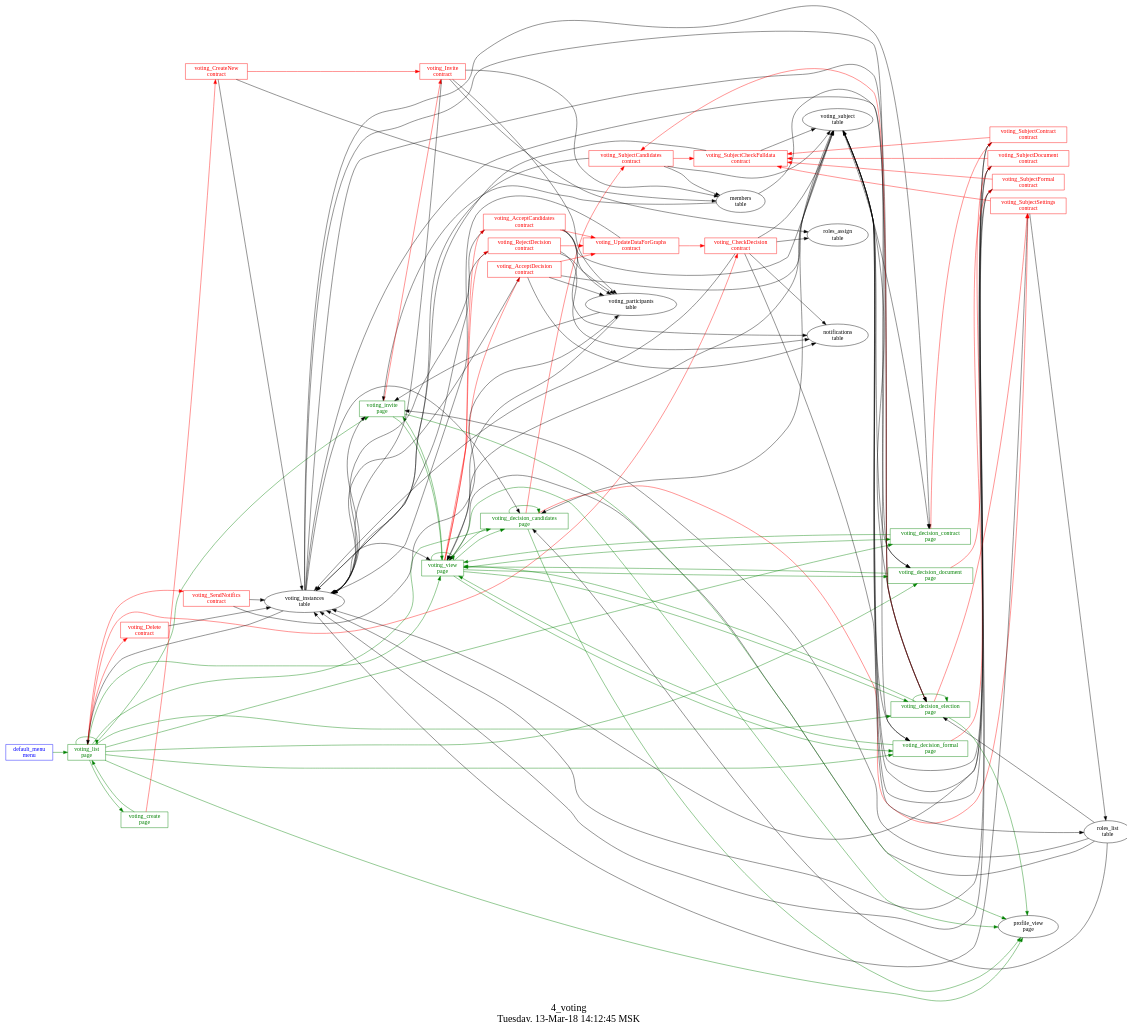
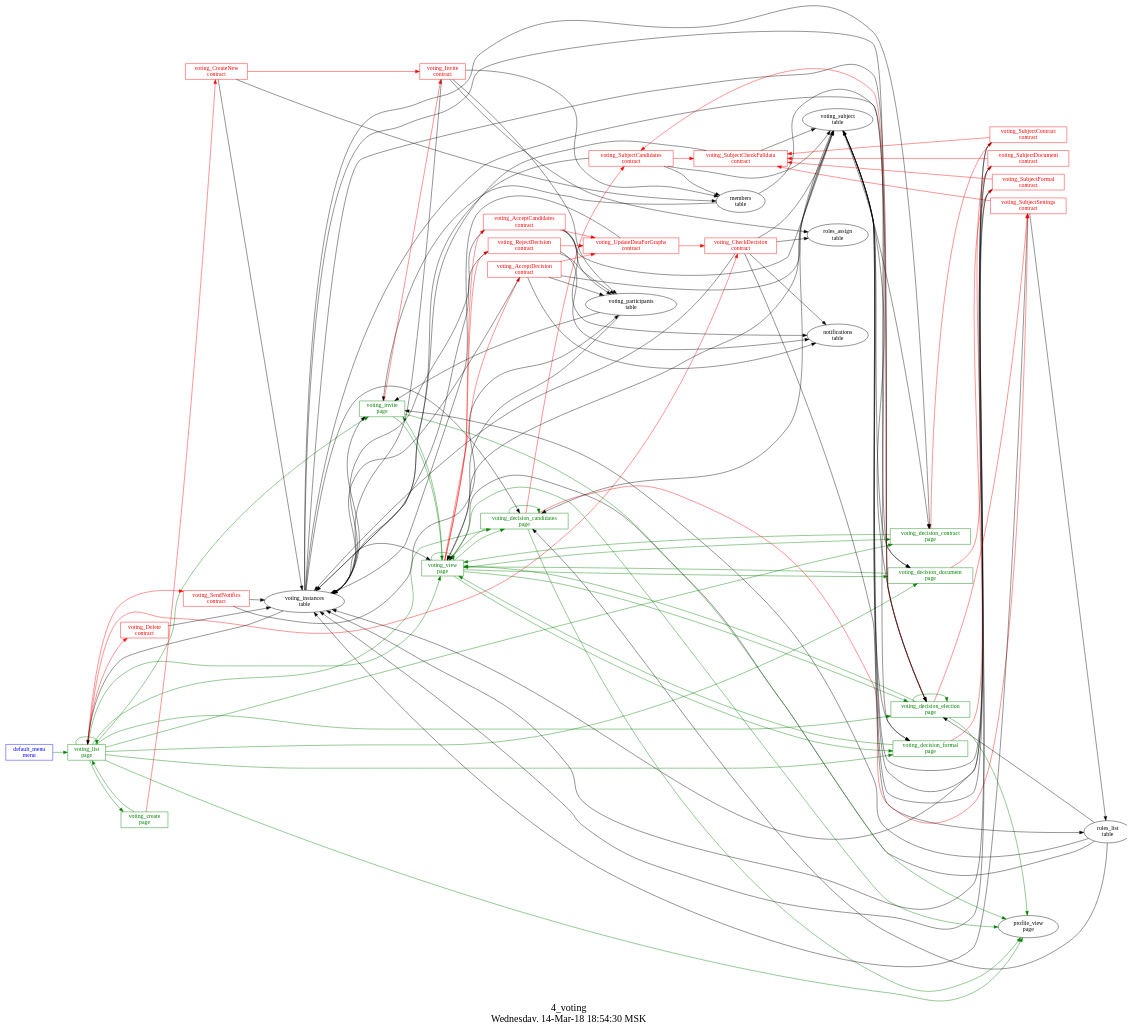
One commit to AplaProject/apps changed the diagram in src/basic/common/4_voting/struct.dot. Above: the diagram before and after it, drawn with Graphviz. The commit also changed 20 other files, not shown here.

```diff
--- a/src/basic/common/4_voting/struct.dot
+++ b/src/basic/common/4_voting/struct.dot
@@ -1,155 +1,155 @@
 digraph G {
 graph [
   fontsize="24";
-  label="4_voting\nTuesday, 13-Mar-18 14:12:45 MSK";
+  label="4_voting\nWednesday, 14-Mar-18 18:54:30 MSK";
   nojustify=true;
   ordering=out;
   rankdir=LR;
   size="30";
 ];
 "default_menu\nmenu" -> "voting_list\npage"  [ color=green ]
 "default_menu\nmenu" [color=blue, fontcolor=blue, group=menus, shape=record];
 "voting_create\npage" -> "voting_CreateNew\ncontract"  [ color=red ]
 "voting_create\npage" -> "voting_list\npage"  [ color=green ]
 "voting_create\npage" [color=green, fontcolor=green, group=pages, shape=record];
 "voting_decision_candidates\npage" -> "voting_SubjectCandidates\ncontract"  [ color=red ]
 "voting_decision_candidates\npage" -> "voting_SubjectSettings\ncontract"  [ color=red ]
 "voting_instances\ntable" -> "voting_decision_candidates\npage"  [ color="" ]
 "voting_subject\ntable" -> "voting_decision_candidates\npage"  [ color="" ]
 "roles_list\ntable" -> "voting_decision_candidates\npage"  [ color="" ]
 "voting_decision_candidates\npage" -> "voting_decision_candidates\npage"  [ color=green ]
 "voting_decision_candidates\npage" -> "profile_view\npage"  [ color=green ]
 "voting_decision_candidates\npage" -> "voting_view\npage"  [ color=green ]
 "voting_decision_candidates\npage" [color=green, fontcolor=green, group=pages, shape=record];
 "voting_decision_contract\npage" -> "voting_SubjectContract\ncontract"  [ color=red ]
 "voting_instances\ntable" -> "voting_decision_contract\npage"  [ color="" ]
 "voting_subject\ntable" -> "voting_decision_contract\npage"  [ color="" ]
 "voting_decision_contract\npage" -> "voting_view\npage"  [ color=green ]
 "voting_decision_contract\npage" [color=green, fontcolor=green, group=pages, shape=record];
 "voting_decision_document\npage" -> "voting_SubjectDocument\ncontract"  [ color=red ]
 "voting_instances\ntable" -> "voting_decision_document\npage"  [ color="" ]
 "voting_subject\ntable" -> "voting_decision_document\npage"  [ color="" ]
 "voting_decision_document\npage" -> "voting_view\npage"  [ color=green ]
 "voting_decision_document\npage" [color=green, fontcolor=green, group=pages, shape=record];
 "voting_decision_election\npage" -> "voting_SubjectCandidates\ncontract"  [ color=red ]
 "voting_decision_election\npage" -> "voting_SubjectSettings\ncontract"  [ color=red ]
 "voting_instances\ntable" -> "voting_decision_election\npage"  [ color="" ]
 "members\ntable" -> "voting_decision_election\npage"  [ color="" ]
 "voting_subject\ntable" -> "voting_decision_election\npage"  [ color="" ]
 "roles_list\ntable" -> "voting_decision_election\npage"  [ color="" ]
 "voting_decision_election\npage" -> "voting_decision_election\npage"  [ color=green ]
 "voting_decision_election\npage" -> "profile_view\npage"  [ color=green ]
 "voting_decision_election\npage" -> "voting_view\npage"  [ color=green ]
 "voting_decision_election\npage" [color=green, fontcolor=green, group=pages, shape=record];
 "voting_decision_formal\npage" -> "voting_SubjectFormal\ncontract"  [ color=red ]
 "voting_instances\ntable" -> "voting_decision_formal\npage"  [ color="" ]
 "voting_subject\ntable" -> "voting_decision_formal\npage"  [ color="" ]
 "voting_decision_formal\npage" -> "voting_view\npage"  [ color=green ]
 "voting_decision_formal\npage" [color=green, fontcolor=green, group=pages, shape=record];
 "voting_invite\npage" -> "voting_Invite\ncontract"  [ color=red ]
 "voting_instances\ntable" -> "voting_invite\npage"  [ color="" ]
 "voting_participants\ntable" -> "voting_invite\npage"  [ color="" ]
 "members\ntable" -> "voting_invite\npage"  [ color="" ]
 "roles_list\ntable" -> "voting_invite\npage"  [ color="" ]
 "voting_invite\npage" -> "profile_view\npage"  [ color=green ]
 "voting_invite\npage" -> "voting_view\npage"  [ color=green ]
 "voting_invite\npage" [color=green, fontcolor=green, group=pages, shape=record];
 "voting_list\npage" -> "voting_SendNotifics\ncontract"  [ color=red ]
 "voting_list\npage" -> "voting_CheckDecision\ncontract"  [ color=red ]
 "voting_list\npage" -> "voting_Delete\ncontract"  [ color=red ]
 "voting_instances\ntable" -> "voting_list\npage"  [ color="" ]
 "voting_list\npage" -> "voting_view\npage"  [ color=green ]
 "voting_list\npage" -> "voting_decision_candidates\npage"  [ color=green ]
 "voting_list\npage" -> "voting_decision_election\npage"  [ color=green ]
 "voting_list\npage" -> "voting_decision_document\npage"  [ color=green ]
 "voting_list\npage" -> "voting_decision_formal\npage"  [ color=green ]
 "voting_list\npage" -> "voting_decision_contract\npage"  [ color=green ]
 "voting_list\npage" -> "voting_invite\npage"  [ color=green ]
 "voting_list\npage" -> "voting_list\npage"  [ color=green ]
 "voting_list\npage" -> "profile_view\npage"  [ color=green ]
 "voting_list\npage" -> "voting_create\npage"  [ color=green ]
 "voting_list\npage" [color=green, fontcolor=green, group=pages, shape=record];
 "voting_view\npage" -> "voting_AcceptCandidates\ncontract"  [ color=red ]
 "voting_view\npage" -> "voting_RejectDecision\ncontract"  [ color=red ]
 "voting_view\npage" -> "voting_AcceptDecision\ncontract"  [ color=red ]
 "voting_instances\ntable" -> "voting_view\npage"  [ color="" ]
 "voting_participants\ntable" -> "voting_view\npage"  [ color="" ]
 "roles_list\ntable" -> "voting_view\npage"  [ color="" ]
 "voting_subject\ntable" -> "voting_view\npage"  [ color="" ]
 "voting_view\npage" -> "profile_view\npage"  [ color=green ]
 "voting_view\npage" -> "voting_view\npage"  [ color=green ]
 "voting_view\npage" -> "voting_decision_candidates\npage"  [ color=green ]
 "voting_view\npage" -> "voting_decision_election\npage"  [ color=green ]
 "voting_view\npage" -> "voting_decision_document\npage"  [ color=green ]
 "voting_view\npage" -> "voting_decision_formal\npage"  [ color=green ]
 "voting_view\npage" -> "voting_decision_contract\npage"  [ color=green ]
 "voting_view\npage" -> "voting_invite\npage"  [ color=green ]
 "voting_view\npage" [color=green, fontcolor=green, group=pages, shape=record];
 "voting_AcceptCandidates\ncontract" -> "voting_UpdateDataForGraphs\ncontract"  [ color=red ]
 "voting_AcceptCandidates\ncontract" -> "voting_instances\ntable"  [ color="" ]
 "voting_AcceptCandidates\ncontract" -> "voting_subject\ntable"  [ color="" ]
 "voting_AcceptCandidates\ncontract" -> "voting_participants\ntable"  [ color="" ]
 "voting_AcceptCandidates\ncontract" -> "notifications\ntable"  [ color="" ]
 "voting_AcceptCandidates\ncontract" [color=red, fontcolor=red, group=contracts, shape=record];
 "voting_AcceptDecision\ncontract" -> "voting_UpdateDataForGraphs\ncontract"  [ color=red ]
 "voting_AcceptDecision\ncontract" -> "voting_instances\ntable"  [ color="" ]
 "voting_AcceptDecision\ncontract" -> "voting_subject\ntable"  [ color="" ]
 "voting_AcceptDecision\ncontract" -> "voting_participants\ntable"  [ color="" ]
 "voting_AcceptDecision\ncontract" -> "notifications\ntable"  [ color="" ]
 "voting_AcceptDecision\ncontract" [color=red, fontcolor=red, group=contracts, shape=record];
 "voting_CheckDecision\ncontract" -> "voting_instances\ntable"  [ color="" ]
 "voting_CheckDecision\ncontract" -> "voting_subject\ntable"  [ color="" ]
 "voting_CheckDecision\ncontract" -> "notifications\ntable"  [ color="" ]
 "voting_CheckDecision\ncontract" -> "roles_list\ntable"  [ color="" ]
 "voting_CheckDecision\ncontract" -> "roles_assign\ntable"  [ color="" ]
 "voting_CheckDecision\ncontract" [color=red, fontcolor=red, group=contracts, shape=record];
 "voting_CreateNew\ncontract" -> "voting_Invite\ncontract"  [ color=red ]
 "voting_CreateNew\ncontract" -> "members\ntable"  [ color="" ]
 "voting_CreateNew\ncontract" -> "voting_instances\ntable"  [ color="" ]
 "voting_CreateNew\ncontract" [color=red, fontcolor=red, group=contracts, shape=record];
 "voting_Delete\ncontract" -> "voting_instances\ntable"  [ color="" ]
 "voting_Delete\ncontract" [color=red, fontcolor=red, group=contracts, shape=record];
 "voting_Invite\ncontract" -> "voting_instances\ntable"  [ color="" ]
 "voting_Invite\ncontract" -> "voting_participants\ntable"  [ color="" ]
 "voting_Invite\ncontract" -> "members\ntable"  [ color="" ]
 "voting_Invite\ncontract" -> "roles_assign\ntable"  [ color="" ]
 "voting_Invite\ncontract" [color=red, fontcolor=red, group=contracts, shape=record];
 "voting_RejectDecision\ncontract" -> "voting_UpdateDataForGraphs\ncontract"  [ color=red ]
 "voting_RejectDecision\ncontract" -> "voting_instances\ntable"  [ color="" ]
 "voting_RejectDecision\ncontract" -> "voting_participants\ntable"  [ color="" ]
 "voting_RejectDecision\ncontract" -> "notifications\ntable"  [ color="" ]
 "voting_RejectDecision\ncontract" [color=red, fontcolor=red, group=contracts, shape=record];
 "voting_SendNotifics\ncontract" -> "voting_instances\ntable"  [ color="" ]
 "voting_SendNotifics\ncontract" -> "voting_participants\ntable"  [ color="" ]
 "voting_SendNotifics\ncontract" [color=red, fontcolor=red, group=contracts, shape=record];
 "voting_SubjectCandidates\ncontract" -> "voting_SubjectCheckFulldata\ncontract"  [ color=red ]
 "voting_SubjectCandidates\ncontract" -> "voting_instances\ntable"  [ color="" ]
 "voting_SubjectCandidates\ncontract" -> "voting_subject\ntable"  [ color="" ]
 "voting_SubjectCandidates\ncontract" -> "members\ntable"  [ color="" ]
 "voting_SubjectCandidates\ncontract" [color=red, fontcolor=red, group=contracts, shape=record];
 "voting_SubjectCheckFulldata\ncontract" -> "voting_instances\ntable"  [ color="" ]
 "voting_SubjectCheckFulldata\ncontract" -> "voting_subject\ntable"  [ color="" ]
 "voting_SubjectCheckFulldata\ncontract" [color=red, fontcolor=red, group=contracts, shape=record];
 "voting_SubjectContract\ncontract" -> "voting_SubjectCheckFulldata\ncontract"  [ color=red ]
 "voting_SubjectContract\ncontract" -> "voting_instances\ntable"  [ color="" ]
 "voting_SubjectContract\ncontract" -> "voting_subject\ntable"  [ color="" ]
 "voting_SubjectContract\ncontract" [color=red, fontcolor=red, group=contracts, shape=record];
 "voting_SubjectDocument\ncontract" -> "voting_SubjectCheckFulldata\ncontract"  [ color=red ]
 "voting_SubjectDocument\ncontract" -> "voting_instances\ntable"  [ color="" ]
 "voting_SubjectDocument\ncontract" -> "voting_subject\ntable"  [ color="" ]
 "voting_SubjectDocument\ncontract" [color=red, fontcolor=red, group=contracts, shape=record];
 "voting_SubjectFormal\ncontract" -> "voting_SubjectCheckFulldata\ncontract"  [ color=red ]
 "voting_SubjectFormal\ncontract" -> "voting_instances\ntable"  [ color="" ]
 "voting_SubjectFormal\ncontract" -> "voting_subject\ntable"  [ color="" ]
 "voting_SubjectFormal\ncontract" [color=red, fontcolor=red, group=contracts, shape=record];
 "voting_SubjectSettings\ncontract" -> "voting_SubjectCheckFulldata\ncontract"  [ color=red ]
 "voting_SubjectSettings\ncontract" -> "voting_instances\ntable"  [ color="" ]
 "voting_SubjectSettings\ncontract" -> "roles_list\ntable"  [ color="" ]
 "voting_SubjectSettings\ncontract" [color=red, fontcolor=red, group=contracts, shape=record];
 "voting_UpdateDataForGraphs\ncontract" -> "voting_CheckDecision\ncontract"  [ color=red ]
 "voting_UpdateDataForGraphs\ncontract" -> "voting_instances\ntable"  [ color="" ]
 "voting_UpdateDataForGraphs\ncontract" [color=red, fontcolor=red, group=contracts, shape=record];
 "voting_instances\ntable" [color="", fontcolor="", group=tables, shape=""];
 "voting_participants\ntable" [color="", fontcolor="", group=tables, shape=""];
 "voting_subject\ntable" [color="", fontcolor="", group=tables, shape=""];
 }
```
